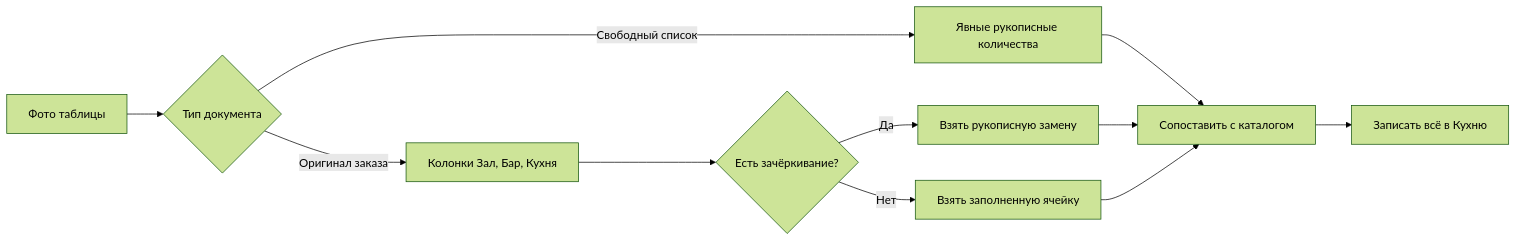
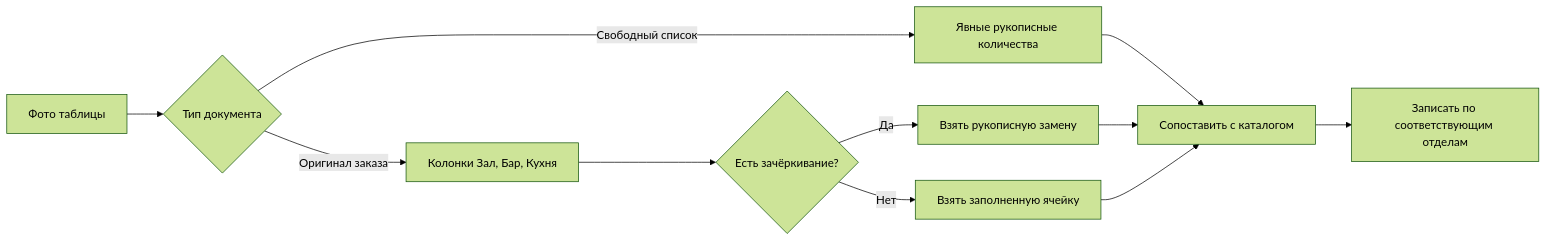
The second of 9 diagrams in docs/USER_SCENARIOS.md (Dzmitry-Radziuk/Ai-agent-order-assistant), drawn with Mermaid (forest theme) before and after one commit. The commit also changed other lines of this file and 15 other files, not shown here.

````diff
--- a/docs/USER_SCENARIOS.md
+++ b/docs/USER_SCENARIOS.md
@@ -71,13 +71,13 @@
 ```mermaid
 flowchart LR
     A[Фото таблицы] --> B{Тип документа}
     B -->|Оригинал заказа| C[Колонки Зал, Бар, Кухня]
     B -->|Свободный список| D[Явные рукописные количества]
     C --> E{Есть зачёркивание?}
     E -->|Да| F[Взять рукописную замену]
     E -->|Нет| G[Взять заполненную ячейку]
     D --> H[Сопоставить с каталогом]
     F --> H
     G --> H
-    H --> I[Записать всё в Кухню]
+    H --> I[Записать по соответствующим отделам]
 ```
````
